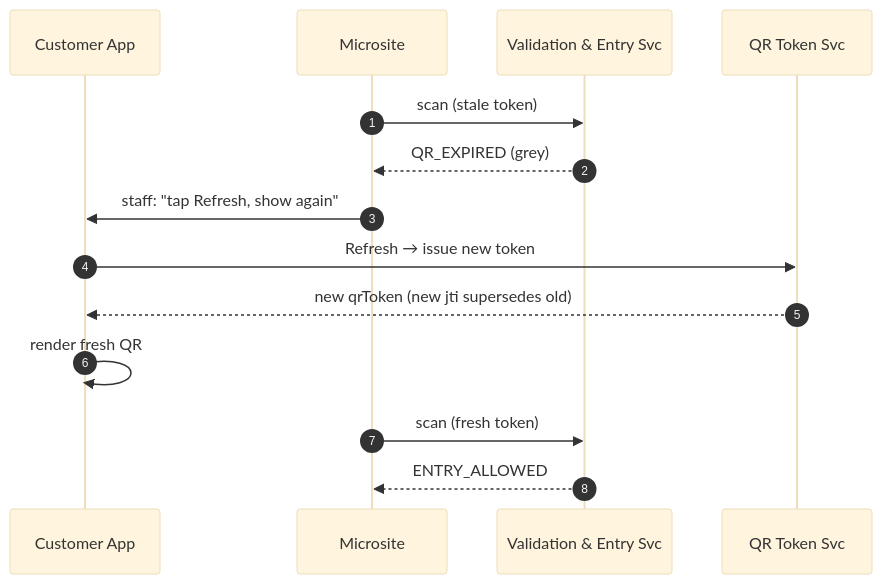
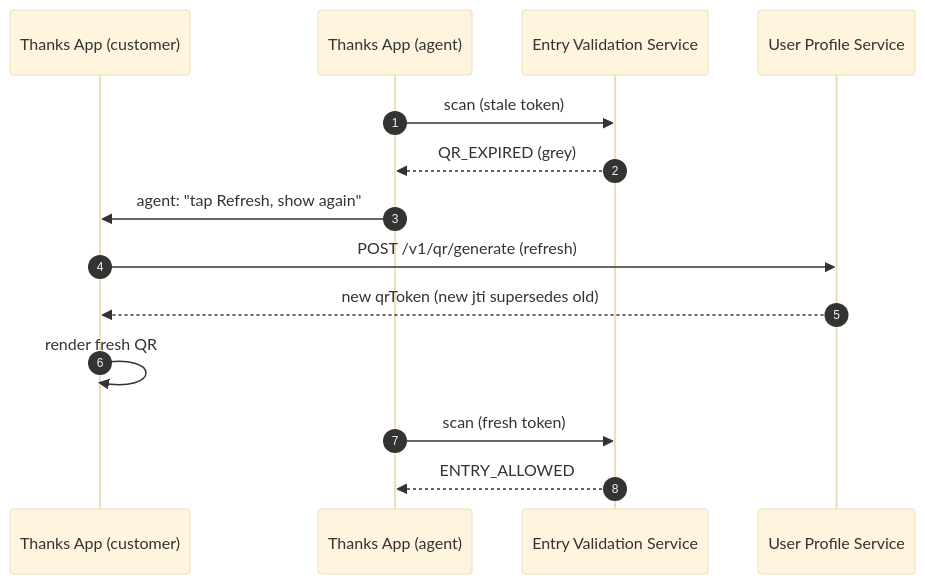
One commit to Amitpawar503/lazzy changed the tenth of 15 diagrams in docs/digital-membership/03-hld.md. Above: the diagram before and after it, drawn with Mermaid (base theme). The commit also changed other lines of this file and 4 other files, not shown here.

````diff
--- a/docs/digital-membership/03-hld.md
+++ b/docs/digital-membership/03-hld.md
@@ -394,19 +408,17 @@
 ```mermaid
 sequenceDiagram
   autonumber
-  participant Cust as Customer App
-  participant Site as Microsite
-  participant Val as Validation & Entry Svc
-  participant QRS as QR Token Svc
+  participant CApp as Thanks App (customer)
+  participant AApp as Thanks App (agent)
+  participant EVS as Entry Validation Service
+  participant UPS as User Profile Service
 
-  Site->>Val: scan (stale token)
-  Val-->>Site: QR_EXPIRED (grey)
-  Site->>Cust: staff: "tap Refresh, show again"
-
-  Cust->>QRS: Refresh → issue new token
-  QRS-->>Cust: new qrToken (new jti supersedes old)
-  Cust->>Cust: render fresh QR
-
-  Site->>Val: scan (fresh token)
-  Val-->>Site: ENTRY_ALLOWED
+  AApp->>EVS: scan (stale token)
+  EVS-->>AApp: QR_EXPIRED (grey)
+  AApp->>CApp: agent: "tap Refresh, show again"
+  CApp->>UPS: POST /v1/qr/generate (refresh)
+  UPS-->>CApp: new qrToken (new jti supersedes old)
+  CApp->>CApp: render fresh QR
+  AApp->>EVS: scan (fresh token)
+  EVS-->>AApp: ENTRY_ALLOWED
 ```
````
